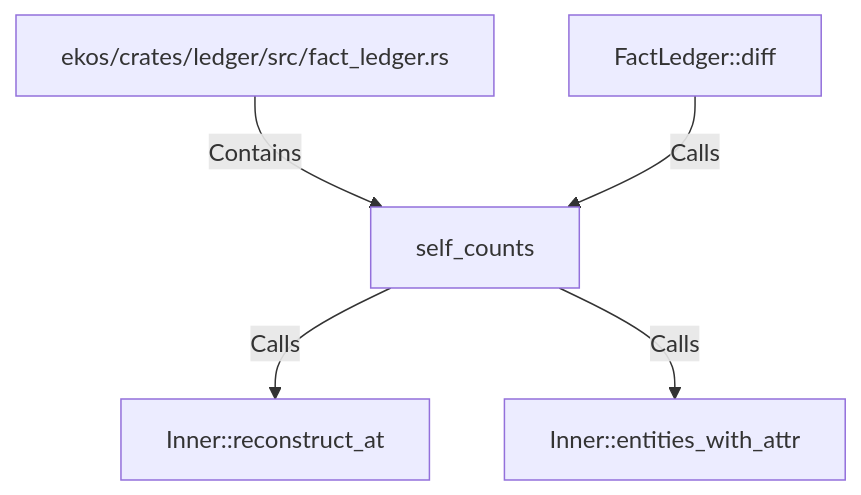
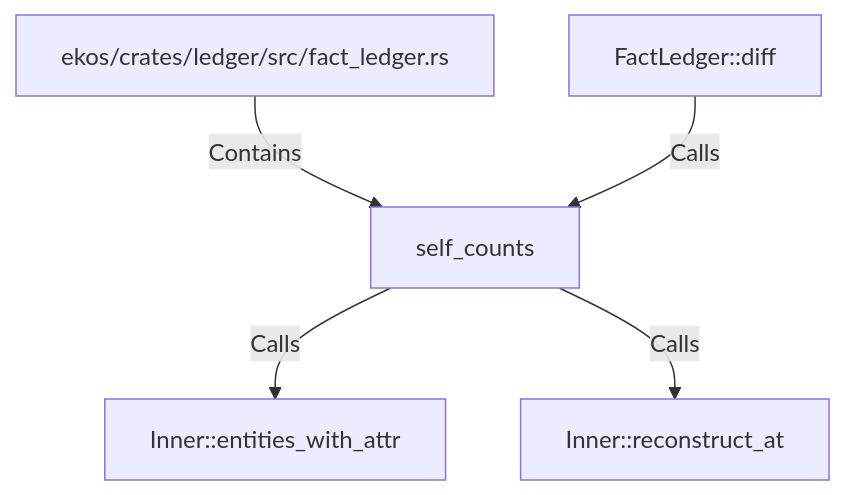
The diagram in doc/entities/rustsymbol/se/self-counts.md (alexeyban/EKOS), drawn with Mermaid before and after one commit. The commit also changed other lines of this file and 552 other files, not shown here.

````diff
--- a/doc/entities/rustsymbol/se/self-counts.md
+++ b/doc/entities/rustsymbol/se/self-counts.md
@@ -23,12 +23,12 @@
 ```mermaid
 graph TD
     nce94f5294432555b895b41dffaad4ba6["self_counts"]
     neadcb59e818f5d1eaf87ff29aba11423["ekos/crates/ledger/src/fact_ledger.rs"]
     neadcb59e818f5d1eaf87ff29aba11423 -->|Contains| nce94f5294432555b895b41dffaad4ba6
     n499f0ae366da58638b3746030a99f8e2["FactLedger::diff"]
     n499f0ae366da58638b3746030a99f8e2 -->|Calls| nce94f5294432555b895b41dffaad4ba6
+    nb9448fb34dac5309ac980ad1ed35e6b0["Inner::entities_with_attr"]
+    nce94f5294432555b895b41dffaad4ba6 -->|Calls| nb9448fb34dac5309ac980ad1ed35e6b0
     n79bd74042990533fb4f5b3d167543336["Inner::reconstruct_at"]
     nce94f5294432555b895b41dffaad4ba6 -->|Calls| n79bd74042990533fb4f5b3d167543336
-    nb9448fb34dac5309ac980ad1ed35e6b0["Inner::entities_with_attr"]
-    nce94f5294432555b895b41dffaad4ba6 -->|Calls| nb9448fb34dac5309ac980ad1ed35e6b0
 ```
````
